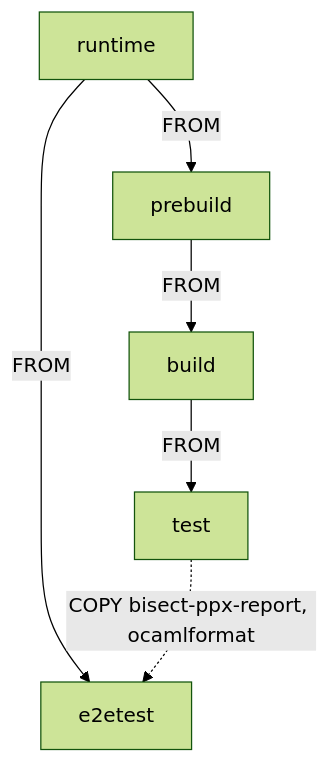
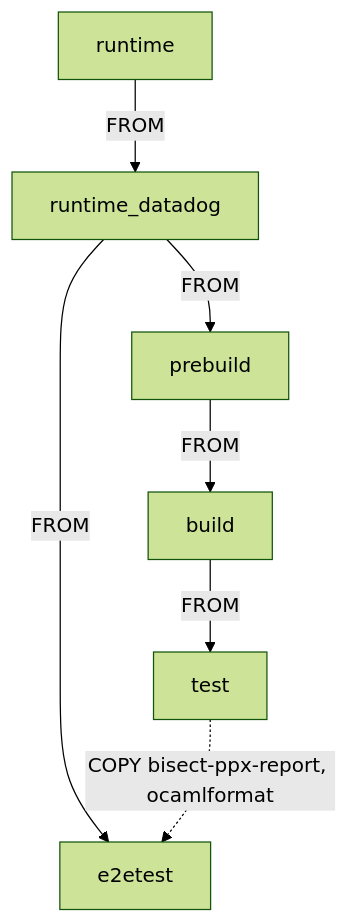
Before and after one commit to tezos/tezos-mirror: the diagram in images/ci/README.md, drawn with Mermaid (forest theme). The commit also changed other lines of this file, not shown here.

````diff
--- a/images/ci/README.md
+++ b/images/ci/README.md
@@ -21,8 +21,9 @@
 ```mermaid
 graph TB
-  runtime -->|FROM| prebuild
-  runtime -->|FROM| e2etest
+  runtime -->|FROM| runtime_datadog
+  runtime_datadog -->|FROM| prebuild
+  runtime_datadog -->|FROM| e2etest
   prebuild -->|FROM| build
   build -->|FROM| test
   test -.->|COPY bisect-ppx-report, ocamlformat| e2etest
 ```
````
